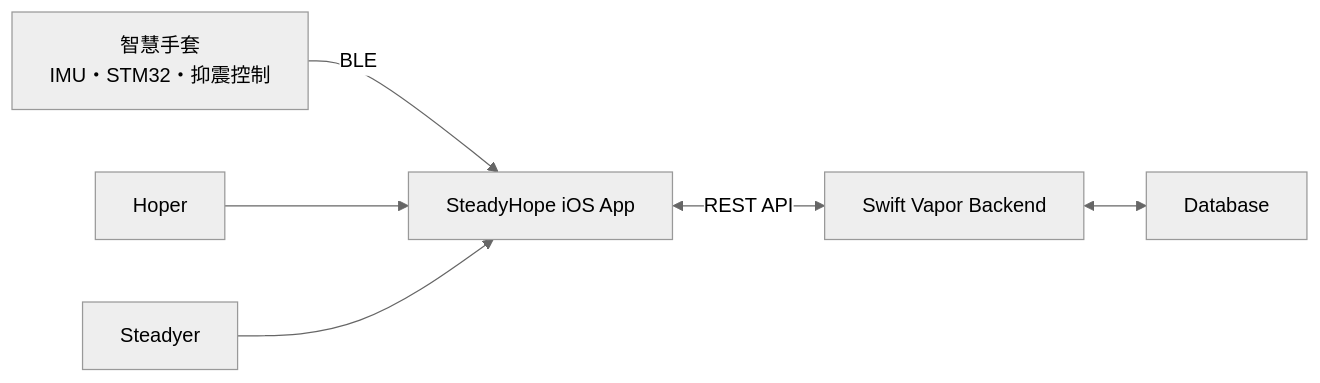
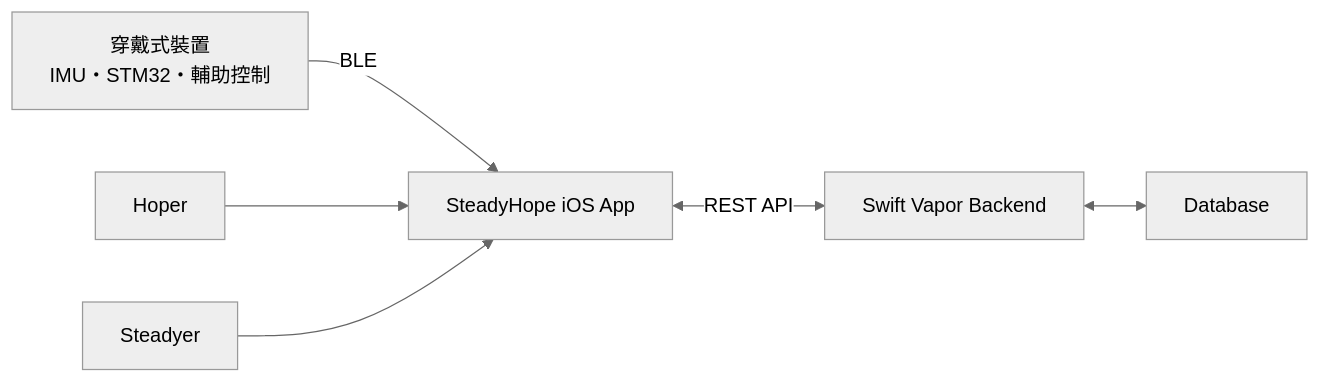
One commit to Fannno/Glove changed the first of 2 diagrams in README.md. Above: the diagram before and after it, drawn with Mermaid (neutral theme). The commit also changed other lines of this file, not shown here.

````diff
--- a/README.md
+++ b/README.md
@@ -40,16 +52,16 @@
 ```mermaid
 flowchart LR
-    G["智慧手套<br/>IMU・STM32・抑震控制"]
+    G["穿戴式裝置<br/>IMU・STM32・輔助控制"]
     A["SteadyHope iOS App"]
     B["Swift Vapor Backend"]
     D["Database"]
 
     H["Hoper"]
     S["Steadyer"]
 
     G -->|"BLE"| A
     H --> A
     S --> A
     A <-->|"REST API"| B
     B <--> D
 ```
````
